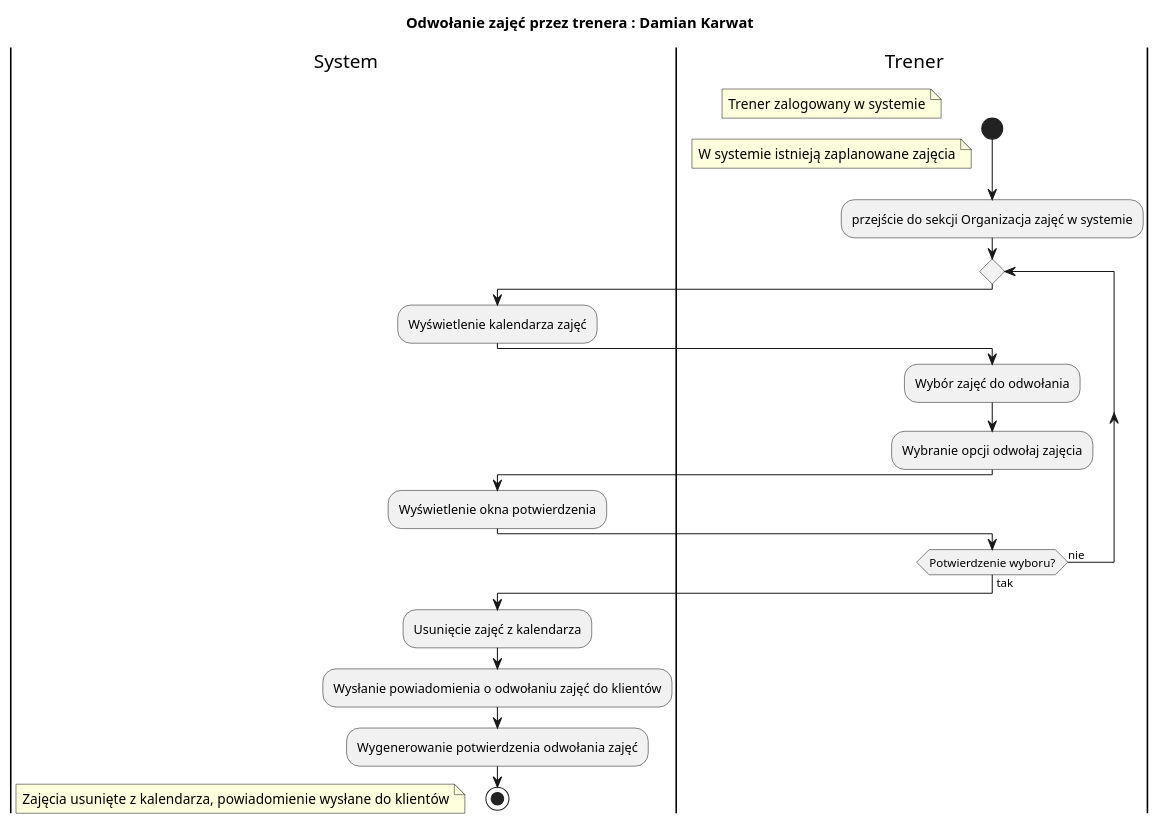
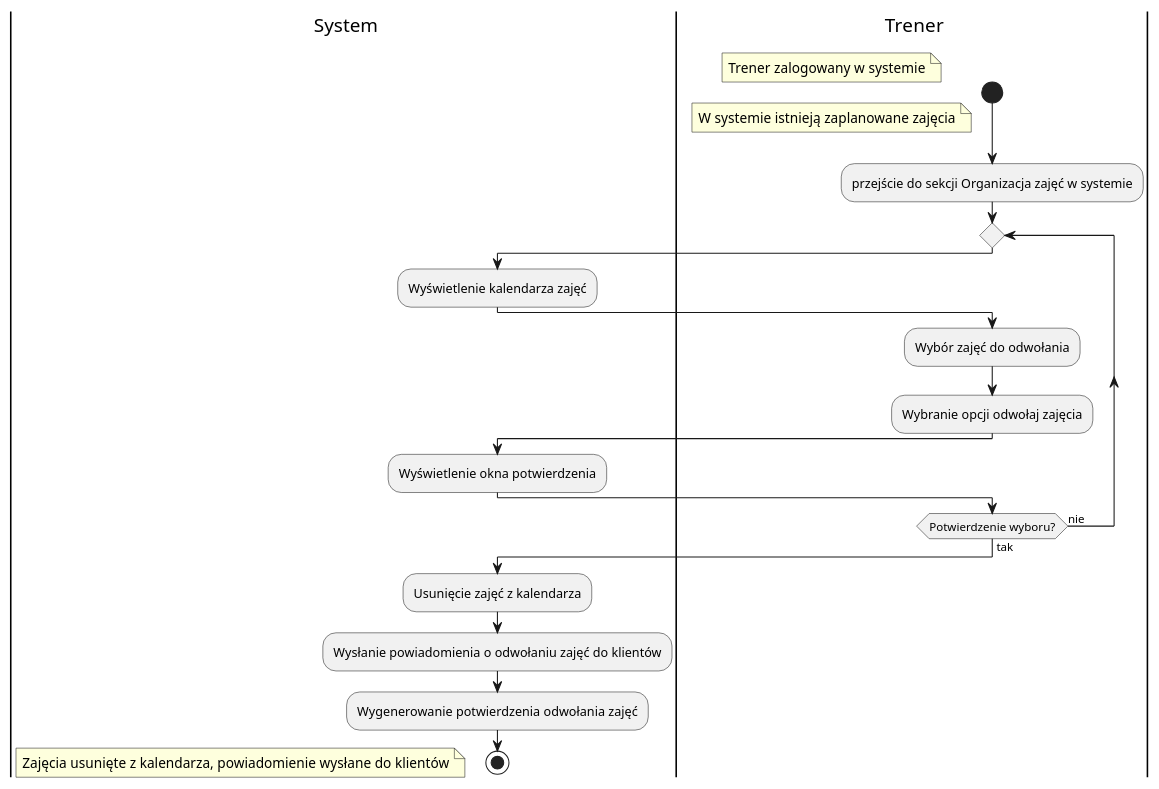
Before and after one commit to filip-stepien/software-engineering-lab: the diagram in src/activity_diagrams/Damian Karwat/odwołanie_zajec.puml, drawn with PlantUML. The commit also changed 10 other files, not shown here.

Commit message:
exported the activity diagrams and added them to the html

```diff
--- a/src/activity_diagrams/Damian Karwat/odwołanie_zajec.puml
+++ b/src/activity_diagrams/Damian Karwat/odwołanie_zajec.puml
@@ -1,27 +1,26 @@
 @startuml
 
-title Odwołanie zajęć przez trenera : Damian Karwat
 |s| System
 |t| Trener
 start
 floating note left: Trener zalogowany w systemie
 floating note left: W systemie istnieją zaplanowane zajęcia
 :przejście do sekcji Organizacja zajęć w systemie;
 repeat
     |s|
     :Wyświetlenie kalendarza zajęć;
     |t|
     :Wybór zajęć do odwołania;
     :Wybranie opcji odwołaj zajęcia;
     |s|
     :Wyświetlenie okna potwierdzenia;
     |t|
 repeat while (Potwierdzenie wyboru?) is (nie) not (tak)
 |s|
 :Usunięcie zajęć z kalendarza;
 :Wysłanie powiadomienia o odwołaniu zajęć do klientów;
 :Wygenerowanie potwierdzenia odwołania zajęć;
 stop
 floating note left: Zajęcia usunięte z kalendarza, powiadomienie wysłane do klientów
 
 @enduml
```
